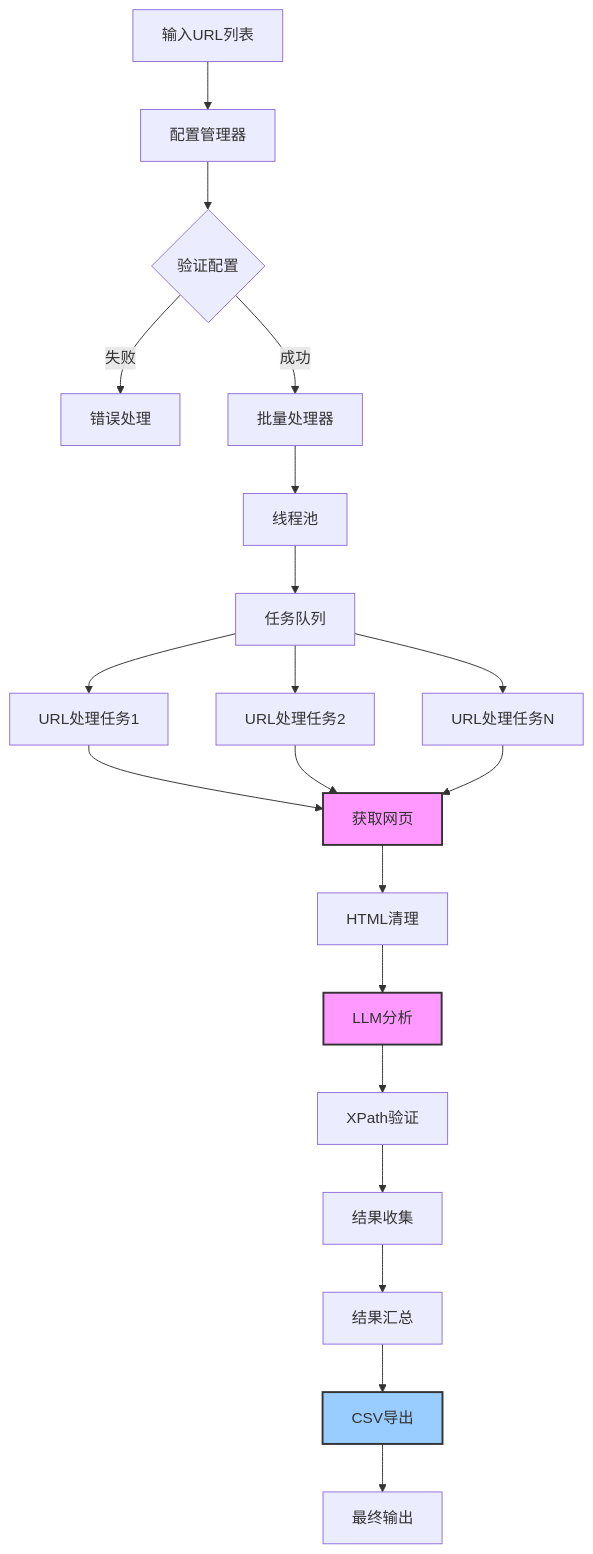
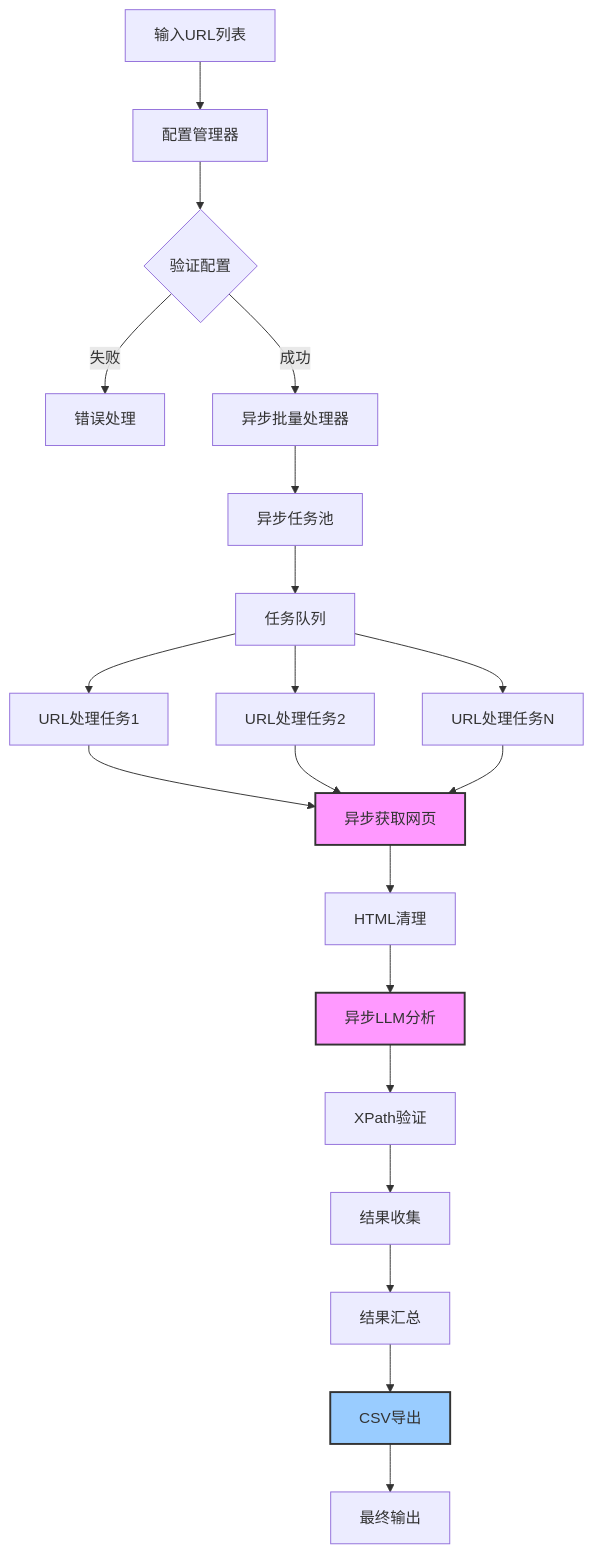
One commit to manba024/XPathTool changed the fourth of 7 diagrams in ARCHITECTURE.md. Above: the diagram before and after it, drawn with Mermaid. The commit also changed other lines of this file and 28 other files, not shown here.

````diff
--- a/ARCHITECTURE.md
+++ b/ARCHITECTURE.md
@@ -130,31 +137,31 @@
 ```mermaid
 flowchart TD
     A[输入URL列表] --> B[配置管理器]
     B --> C{验证配置}
     C -->|失败| D[错误处理]
-    C -->|成功| E[批量处理器]
+    C -->|成功| E[异步批量处理器]
     
-    E --> F[线程池]
+    E --> F[异步任务池]
     F --> G[任务队列]
     
     G --> H[URL处理任务1]
     G --> I[URL处理任务2]
     G --> J[URL处理任务N]
     
-    H --> K[获取网页]
+    H --> K[异步获取网页]
     I --> K
     J --> K
     
     K --> L[HTML清理]
-    L --> M[LLM分析]
+    L --> M[异步LLM分析]
     M --> N[XPath验证]
     N --> O[结果收集]
     
     O --> P[结果汇总]
     P --> Q[CSV导出]
     Q --> R[最终输出]
     
     style K fill:#f9f,stroke:#333,stroke-width:2px
     style M fill:#f9f,stroke:#333,stroke-width:2px
     style Q fill:#9cf,stroke:#333,stroke-width:2px
 ```
````
